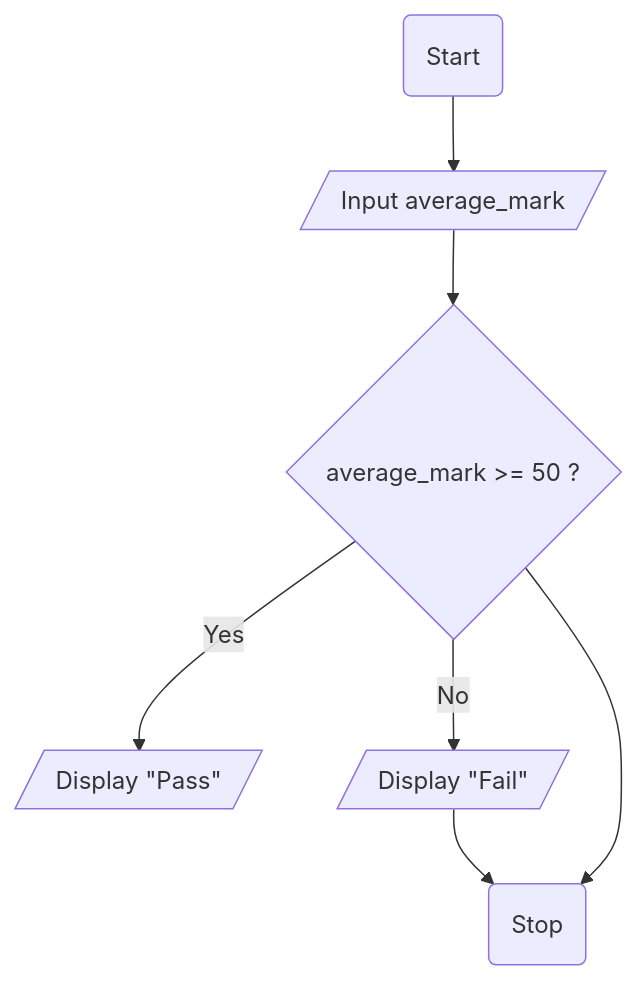
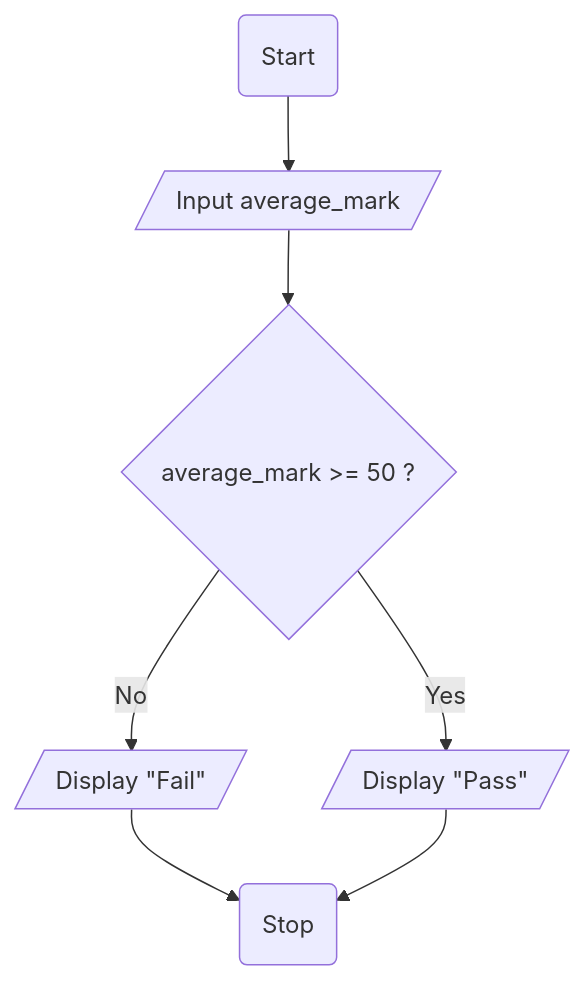
One commit to jayani-athukorala/algorithm-flowchart-workshop changed the eighth of 10 diagrams in README.md. Above: the diagram before and after it, drawn with Mermaid. The commit also changed other lines of this file, not shown here.

Commit message:
Add mermaid flowchart for Q10

````diff
--- a/README.md
+++ b/README.md
@@ -280,9 +280,9 @@
 ```mermaid
 flowchart TD
     A(Start) --> B[/Input average_mark/]
     B --> C{ average_mark >= 50 ?}
     C -- Yes --> D[/Display "Pass"/]
     C -- No --> E[/Display "Fail"/]
     E --> F(Stop)
-    C --> F
+    D --> F
 ```
````
